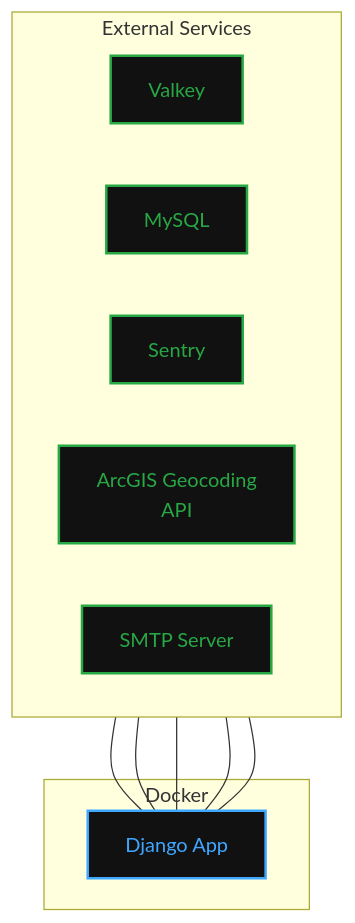
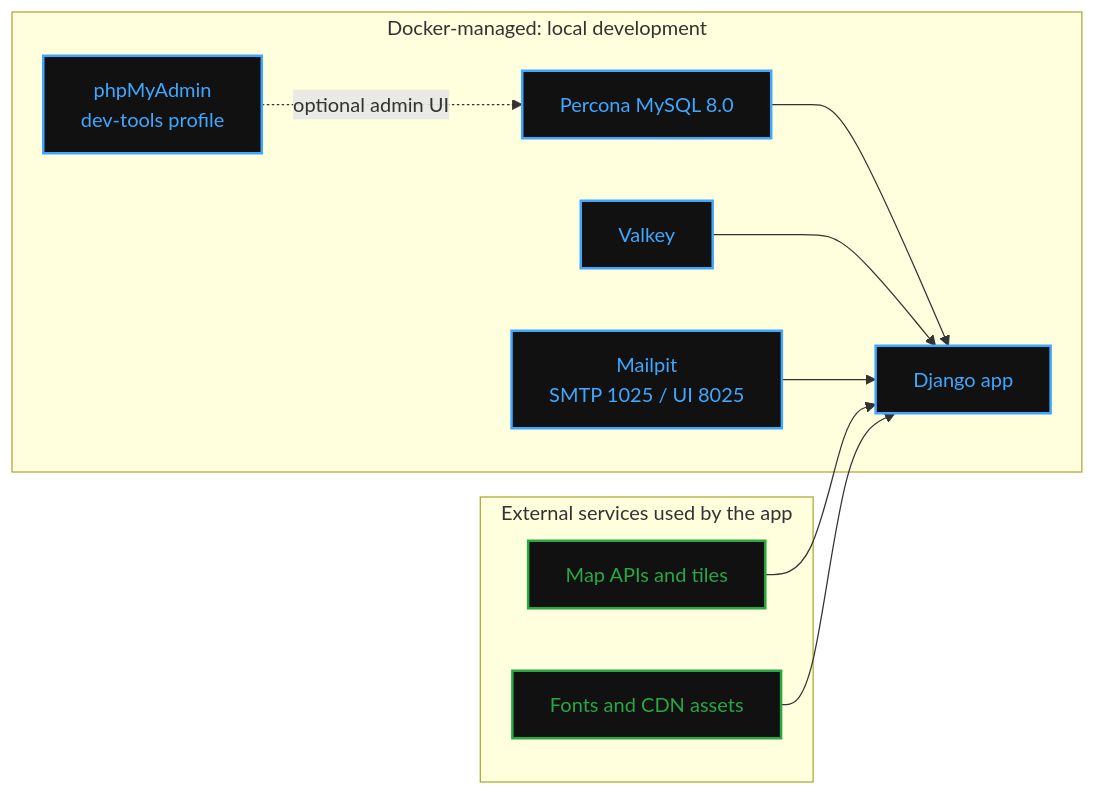
One commit to osu-cass/hemp-db changed the first of 3 diagrams in README.md. Above: the diagram before and after it, drawn with Mermaid. The commit also changed other lines of this file and 48 other files, not shown here.

````diff
--- a/README.md
+++ b/README.md
@@ -142,26 +146,27 @@
 ```mermaid
-flowchart TB
-    subgraph external[External Services]
-        direction LR
+flowchart LR
+    subgraph docker["Docker-managed: local development"]
+        app[Django app]
+        mysql["Percona MySQL 8.0"]
         valkey[Valkey]
-        mysql[MySQL]
-        sentry[Sentry]
-        arcgis["ArcGIS Geocoding<br/>API"]
-        smtp[SMTP Server]
+        mailpit["Mailpit<br/>SMTP 1025 / UI 8025"]
+        phpmyadmin["phpMyAdmin<br/>dev-tools profile"]
     end
 
-    subgraph docker[Docker]
-        django[Django App]
+    subgraph external["External services used by the app"]
+        maps["Map APIs and tiles"]
+        cdn["Fonts and CDN assets"]
     end
 
-    valkey --- django
-    mysql --- django
-    sentry --- django
-    arcgis --- django
-    smtp --- django
+    mysql --> app
+    valkey --> app
+    mailpit --> app
+    phpmyadmin -. "optional admin UI" .-> mysql
+    maps --> app
+    cdn --> app
 
     classDef externalService fill:#111,stroke:#28a745,color:#28a745,stroke-width:2px
     classDef dockerService fill:#111,stroke:#3fa7ff,color:#3fa7ff,stroke-width:2px
-    class valkey,mysql,sentry,arcgis,smtp externalService
-    class django dockerService
+    class maps,cdn externalService
+    class app,mysql,valkey,mailpit,phpmyadmin dockerService
 ```
````
